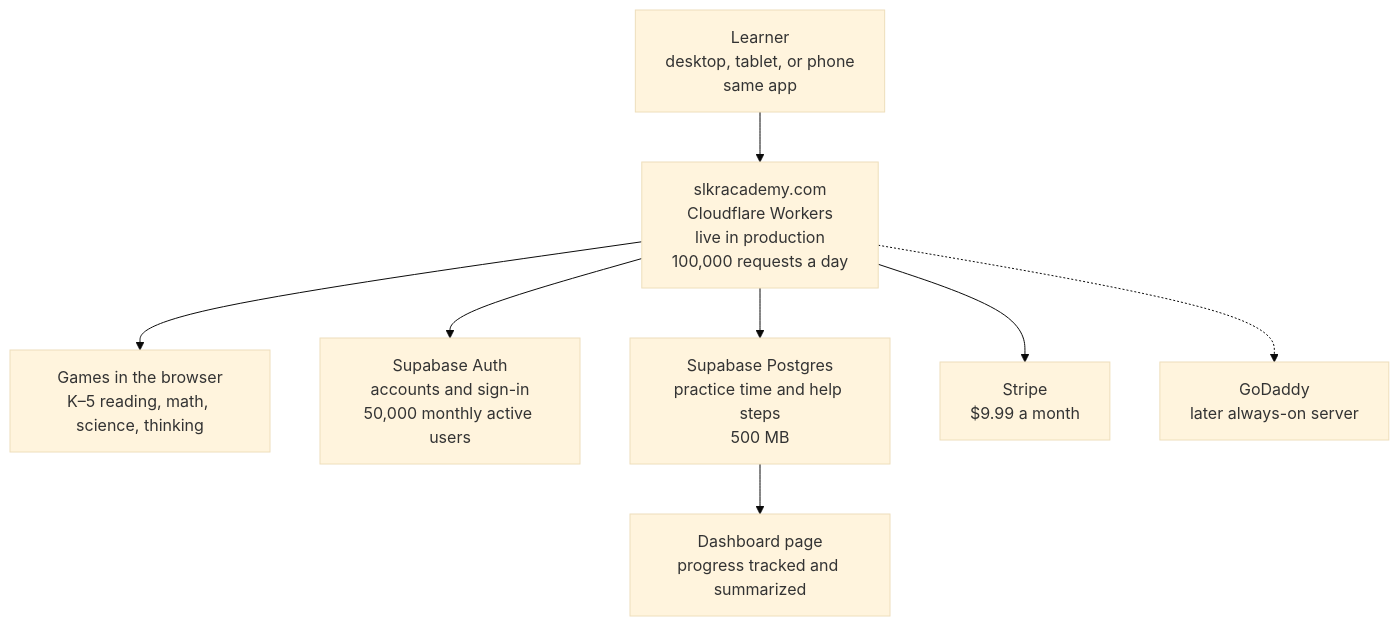
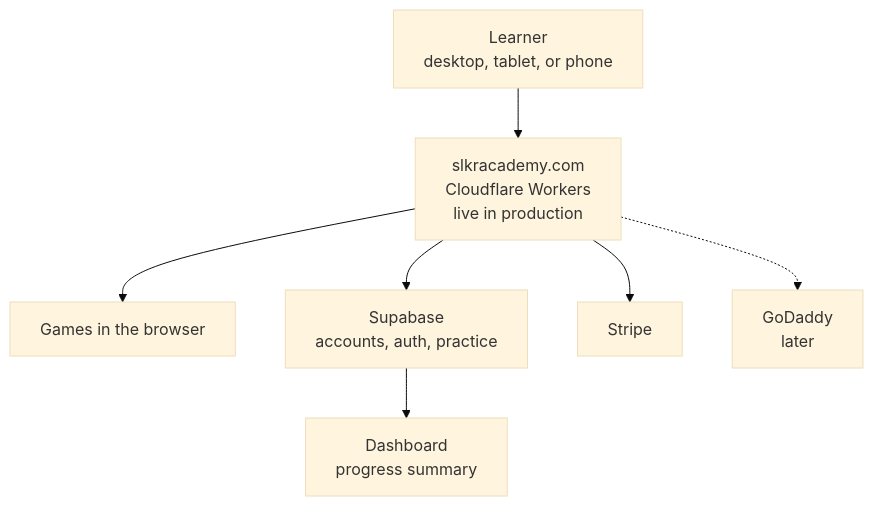
One commit to alex-rahi/slkr_academy changed the diagram in README.md. Above: the diagram before and after it, drawn with Mermaid (base theme). The commit also changed other lines of this file, not shown here.

````diff
--- a/README.md
+++ b/README.md
@@ -25,19 +21,16 @@
 ```mermaid
 flowchart TB
-  learner["Learner\ndesktop, tablet, or phone\nsame app"]
-  site["slkracademy.com\nCloudflare Workers\nlive in production\n100,000 requests a day"]
-  games["Games in the browser\nK–5 reading, math, science, thinking"]
-  accounts["Supabase Auth\naccounts and sign-in\n50,000 monthly active users"]
-  data["Supabase Postgres\npractice time and help steps\n500 MB"]
-  dashboard["Dashboard page\nprogress tracked and summarized"]
-  billing["Stripe\n$9.99 a month"]
-  later["GoDaddy\nlater always-on server"]
+  learner["Learner\ndesktop, tablet, or phone"]
+  site["slkracademy.com\nCloudflare Workers\nlive in production"]
+  games["Games in the browser"]
+  data["Supabase\naccounts, auth, practice"]
+  dashboard["Dashboard\nprogress summary"]
+  billing["Stripe"]
+  later["GoDaddy\nlater"]
 
   learner --> site
   site --> games
-  site --> accounts
-  site --> data
-  data --> dashboard
+  site --> data --> dashboard
   site --> billing
   site -.-> later
 ```
````
